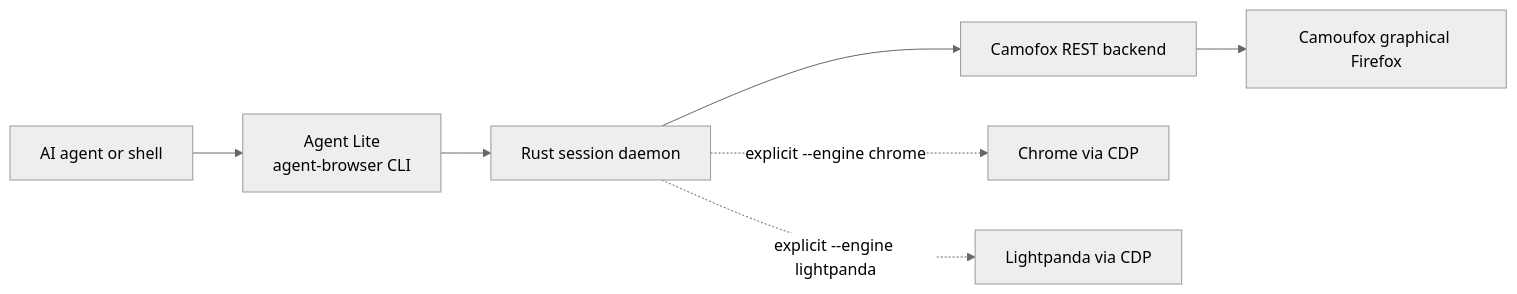
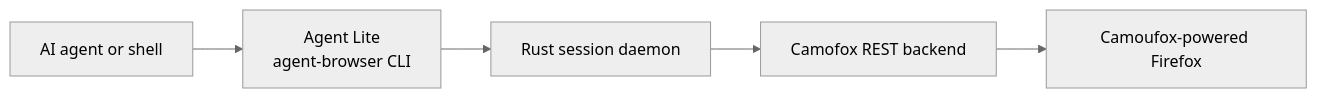
Before and after one commit to thoriqakbar0/agent-browser: the diagram in README.md, drawn with Mermaid (neutral theme). The commit also changed other lines of this file and 1 other file, not shown here.

````diff
--- a/README.md
+++ b/README.md
@@ -40,9 +69,7 @@
 ```mermaid
 flowchart LR
     A["AI agent or shell"] --> B["Agent Lite<br/>agent-browser CLI"]
     B --> C["Rust session daemon"]
     C --> D["Camofox REST backend"]
-    D --> E["Camoufox graphical Firefox"]
-    C -. "explicit --engine chrome" .-> F["Chrome via CDP"]
-    C -. "explicit --engine lightpanda" .-> G["Lightpanda via CDP"]
+    D --> E["Camoufox-powered Firefox"]
 ```
````
